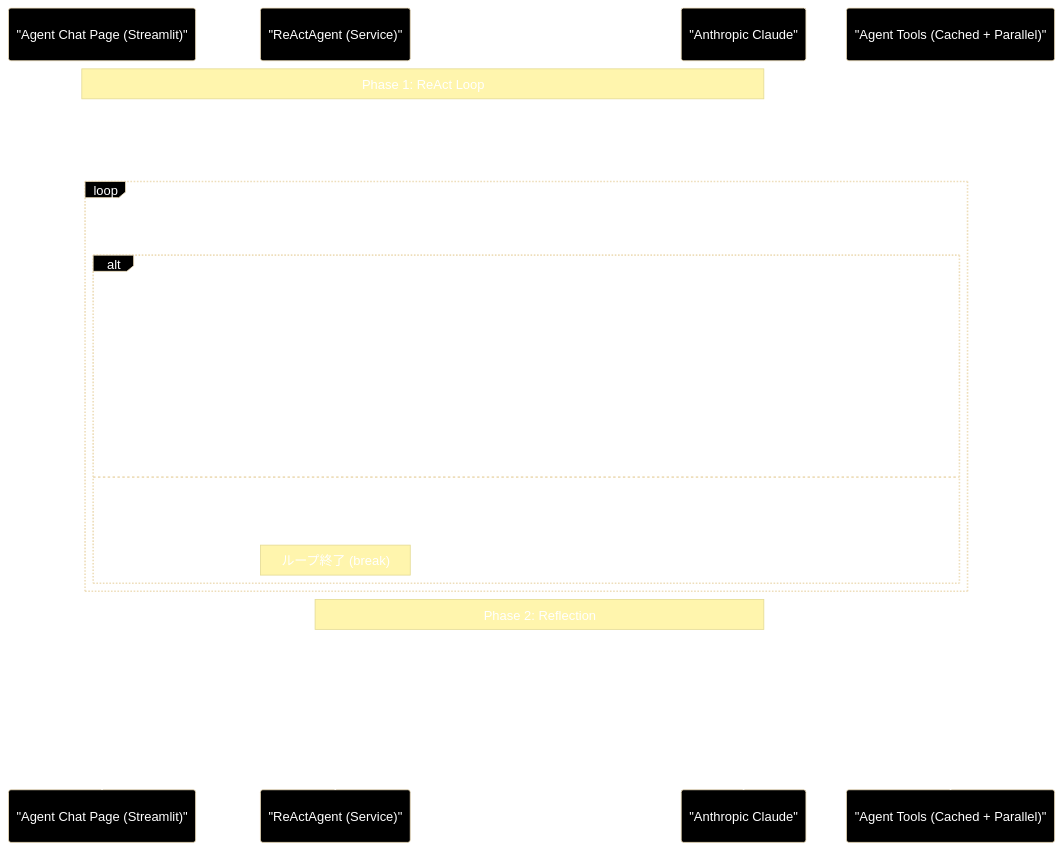
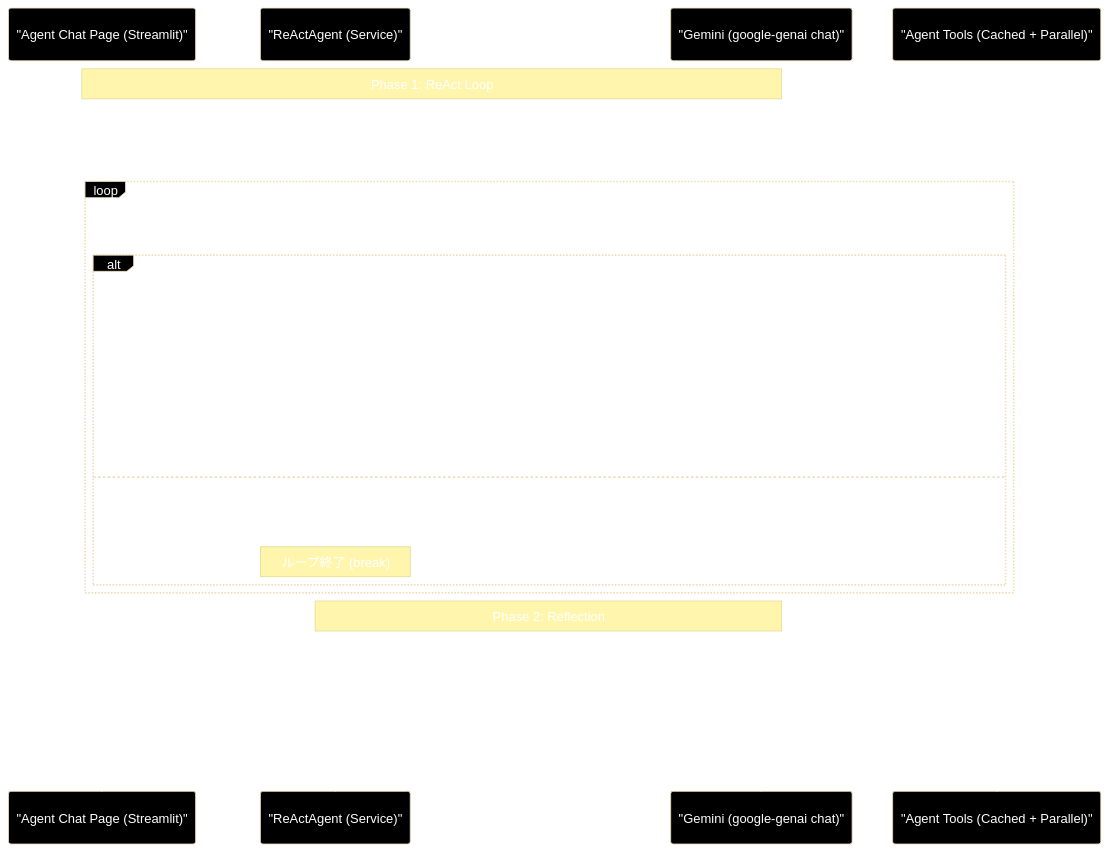
Before and after one commit to nakashima2toshio/anthropic_grace_agent_v2: the ninth of 10 diagrams in readme_react_reflection.md, drawn with Mermaid. The commit also changed other lines of this file and 9 other files, not shown here.

````diff
--- a/readme_react_reflection.md
+++ b/readme_react_reflection.md
@@ -863,31 +905,31 @@
 ```mermaid
 %%{ init: { "theme": "base", "themeVariables": {"background": "#000000", "mainBkg": "#000000","textColor": "#ffffff", "lineColor": "#ffffff","actorBkg": "#000000", "actorTextColor": "#ffffff","actorLineColor": "#ffffff", "noteBkg": "#1a1a1a","noteTextColor": "#ffffff" } } }%%
 sequenceDiagram
     participant UI as "Agent Chat Page (Streamlit)"
     participant Svc as "ReActAgent (Service)"
-    participant LLM as "Anthropic Claude"
+    participant LLM as "Gemini (google-genai chat)"
     participant Tool as "Agent Tools (Cached + Parallel)"
 
     Note over UI, LLM: Phase 1: ReAct Loop
     UI->>Svc: execute_turn(ユーザー入力)
-    Svc->>LLM: generate_with_tools(messages, tools, system)
+    Svc->>LLM: chat.send_message(augmented_input)
     loop 解決するまで繰り返し (max_turns)
-        LLM-->>Svc: ToolUseResponse (text + stop_reason + tool_calls)
-        alt stop_reason == tool_use
+        LLM-->>Svc: candidates[].content.parts (text / function_call)
+        alt part.function_call あり
             Svc-->>UI: yield Event(Thought / ToolCall)
             Svc->>Tool: search_rag_knowledge_base_cached(query, session_id)
             Tool-->>Svc: 検索結果 (Observation)
             Svc-->>UI: yield Event(ToolResult)
-            Svc->>LLM: generate_with_tools(messages + tool_result)
-        else stop_reason != tool_use
-            LLM-->>Svc: 回答案 (Draft Answer)
+            Svc->>LLM: chat.send_message(Part.from_function_response)
+        else function_call なし
+            LLM-->>Svc: 回答案 (Draft Answer / final_text)
             Note over Svc: ループ終了 (break)
         end
     end
 
     Note over Svc, LLM: Phase 2: Reflection
-    Svc->>LLM: generate_with_tools(REFLECTION_INSTRUCTION, tools=[])
+    Svc->>LLM: chat.send_message(REFLECTION_INSTRUCTION + ドラフト)
     LLM-->>Svc: 自己評価 + Final Answer
     Svc-->>UI: yield Event(Reflection Log)
     Svc-->>UI: yield Event(Final Answer)
 ```
````
